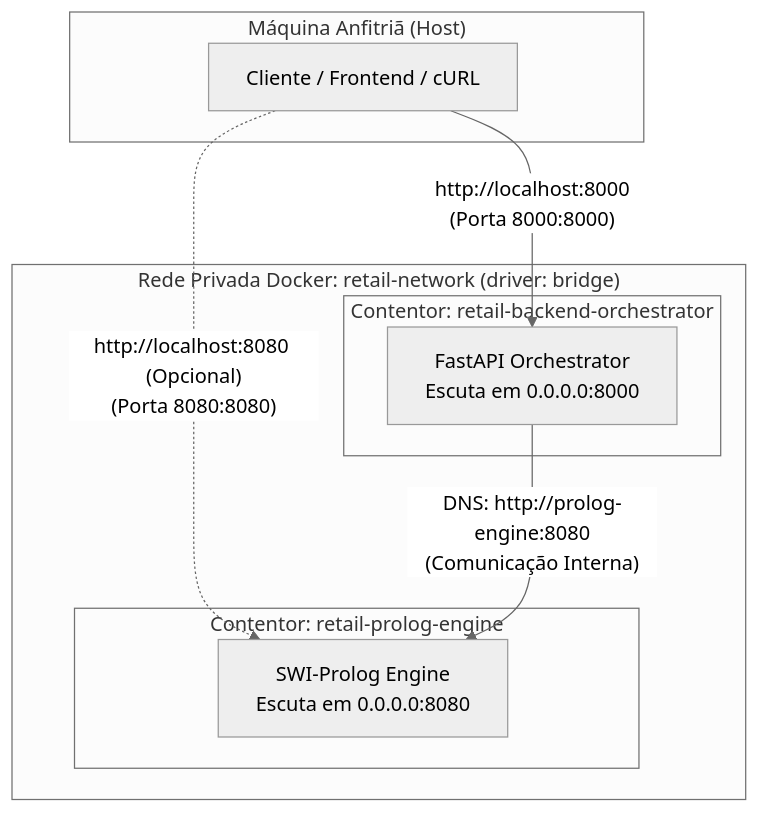
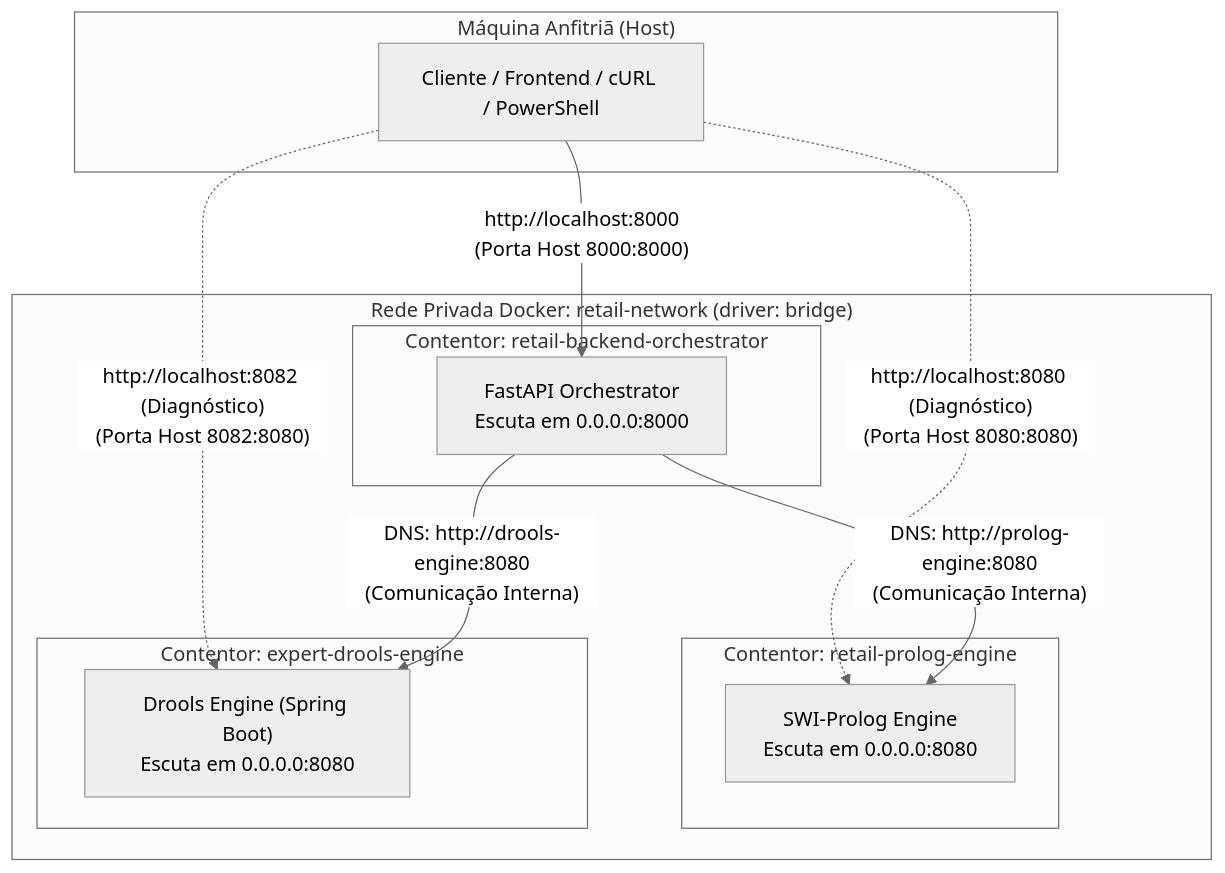
The diagram in docs/deployment/docker_compose.md (Santiago-1211173/meia-equipa3-challenge1-26_27), drawn with Mermaid (neutral theme) before and after one commit. The commit also changed other lines of this file and 23 other files, not shown here.

Commit message:
docs: add comprehensive documentation for architecture, API, deployment, and development guides

````diff
--- a/docs/deployment/docker_compose.md
+++ b/docs/deployment/docker_compose.md
@@ -14,20 +14,26 @@
 ```mermaid
 flowchart TD
     subgraph Host["Máquina Anfitriã (Host)"]
-        Browser["Cliente / Frontend / cURL"]
+        Browser["Cliente / Frontend / cURL / PowerShell"]
     end
 
     subgraph DockerNetwork["Rede Privada Docker: retail-network (driver: bridge)"]
         subgraph OrchContainer["Contentor: retail-backend-orchestrator"]
             FastAPI["FastAPI Orchestrator\nEscuta em 0.0.0.0:8000"]
         end
 
         subgraph PrologContainer["Contentor: retail-prolog-engine"]
             Prolog["SWI-Prolog Engine\nEscuta em 0.0.0.0:8080"]
         end
+
+        subgraph DroolsContainer["Contentor: expert-drools-engine"]
+            Drools["Drools Engine (Spring Boot)\nEscuta em 0.0.0.0:8080"]
+        end
     end
 
-    Browser -->|"http://localhost:8000\n(Porta 8000:8000)"| FastAPI
-    Browser -.->|"http://localhost:8080 (Opcional)\n(Porta 8080:8080)"| Prolog
+    Browser -->|"http://localhost:8000\n(Porta Host 8000:8000)"| FastAPI
+    Browser -.->|"http://localhost:8080 (Diagnóstico)\n(Porta Host 8080:8080)"| Prolog
+    Browser -.->|"http://localhost:8082 (Diagnóstico)\n(Porta Host 8082:8080)"| Drools
     FastAPI -->|"DNS: http://prolog-engine:8080\n(Comunicação Interna)"| Prolog
+    FastAPI -->|"DNS: http://drools-engine:8080\n(Comunicação Interna)"| Drools
 ```
````
